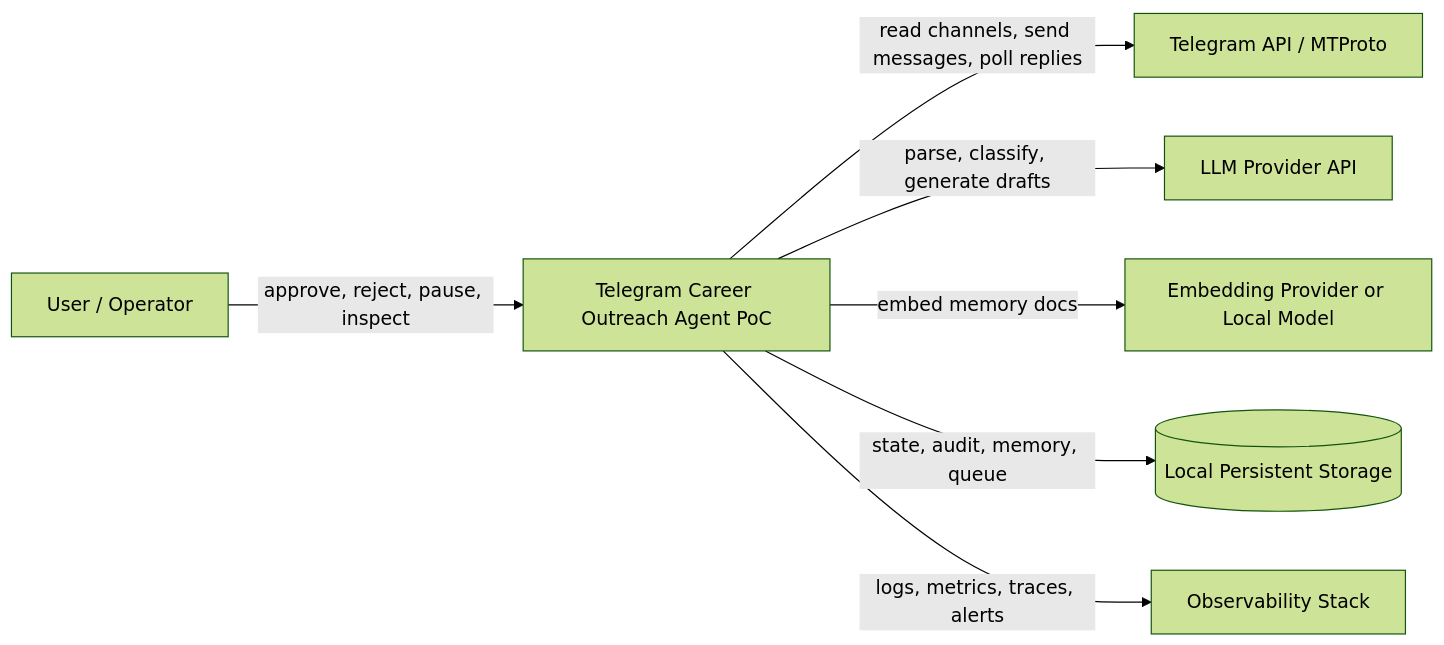
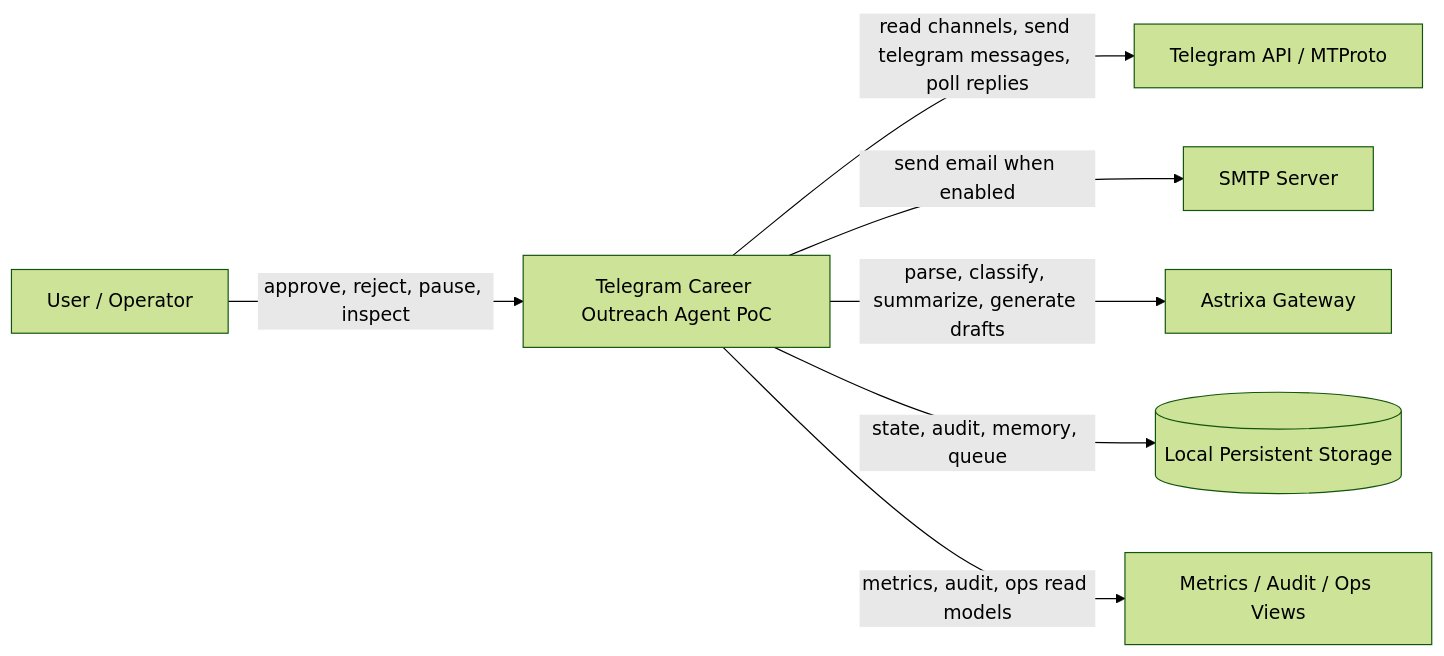
The diagram in docs/diagrams/context.md (PeMikj/tg_outreach), drawn with Mermaid (forest theme) before and after one commit. The commit also changed 18 other files, not shown here.

Commit message:
Upgrade PoC runtime to Postgres-first architecture

````diff
--- a/docs/diagrams/context.md
+++ b/docs/diagrams/context.md
@@ -3,17 +3,17 @@
 ```mermaid
 flowchart LR
     user[User / Operator]
     system[Telegram Career Outreach Agent PoC]
     telegram[Telegram API / MTProto]
-    llm[LLM Provider API]
-    embed[Embedding Provider or Local Model]
+    astrixa[Astrixa Gateway]
+    smtp[SMTP Server]
     storage[(Local Persistent Storage)]
-    obs[Observability Stack]
+    obs[Metrics / Audit / Ops Views]
 
     user -->|approve, reject, pause, inspect| system
-    system -->|read channels, send messages, poll replies| telegram
-    system -->|parse, classify, generate drafts| llm
-    system -->|embed memory docs| embed
+    system -->|read channels, send telegram messages, poll replies| telegram
+    system -->|send email when enabled| smtp
+    system -->|parse, classify, summarize, generate drafts| astrixa
     system -->|state, audit, memory, queue| storage
-    system -->|logs, metrics, traces, alerts| obs
+    system -->|metrics, audit, ops read models| obs
 ```
````
